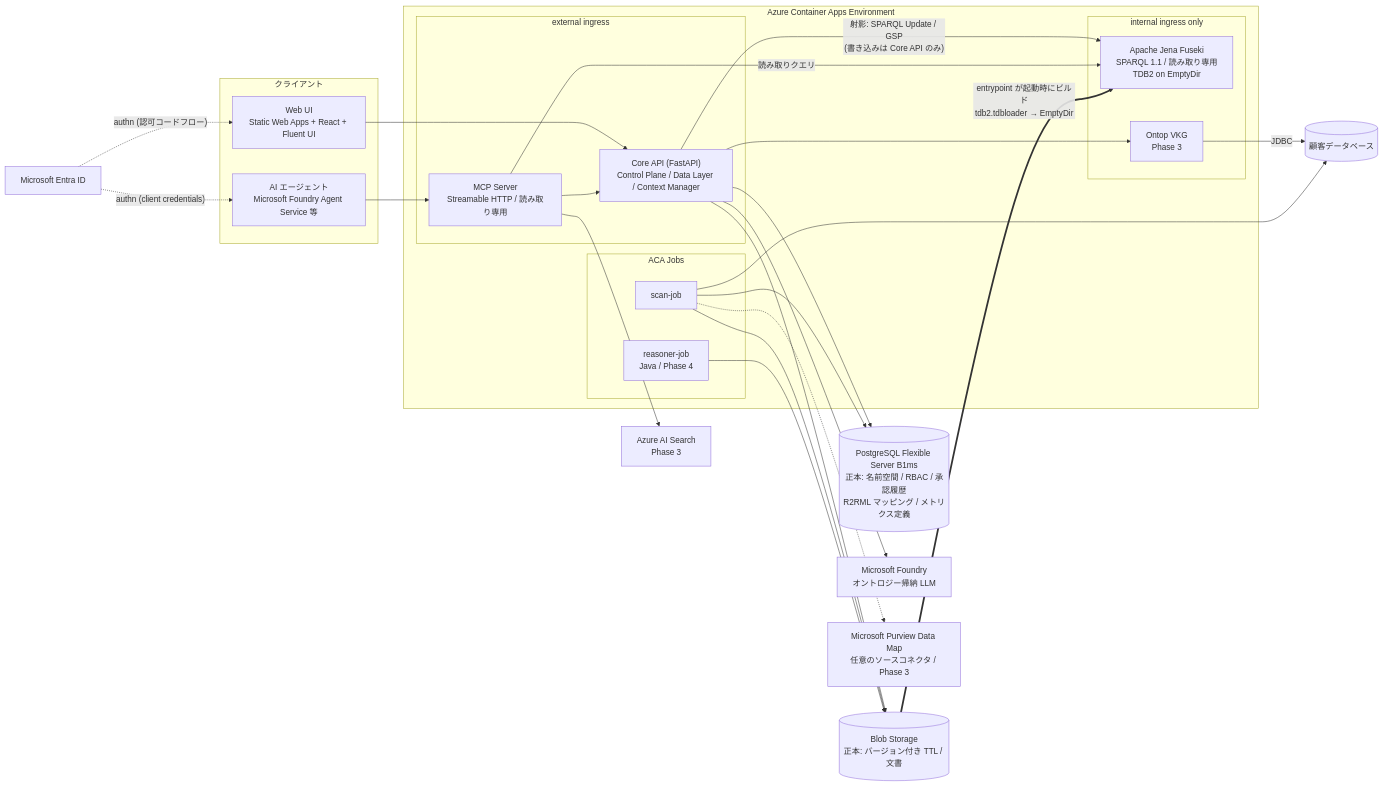
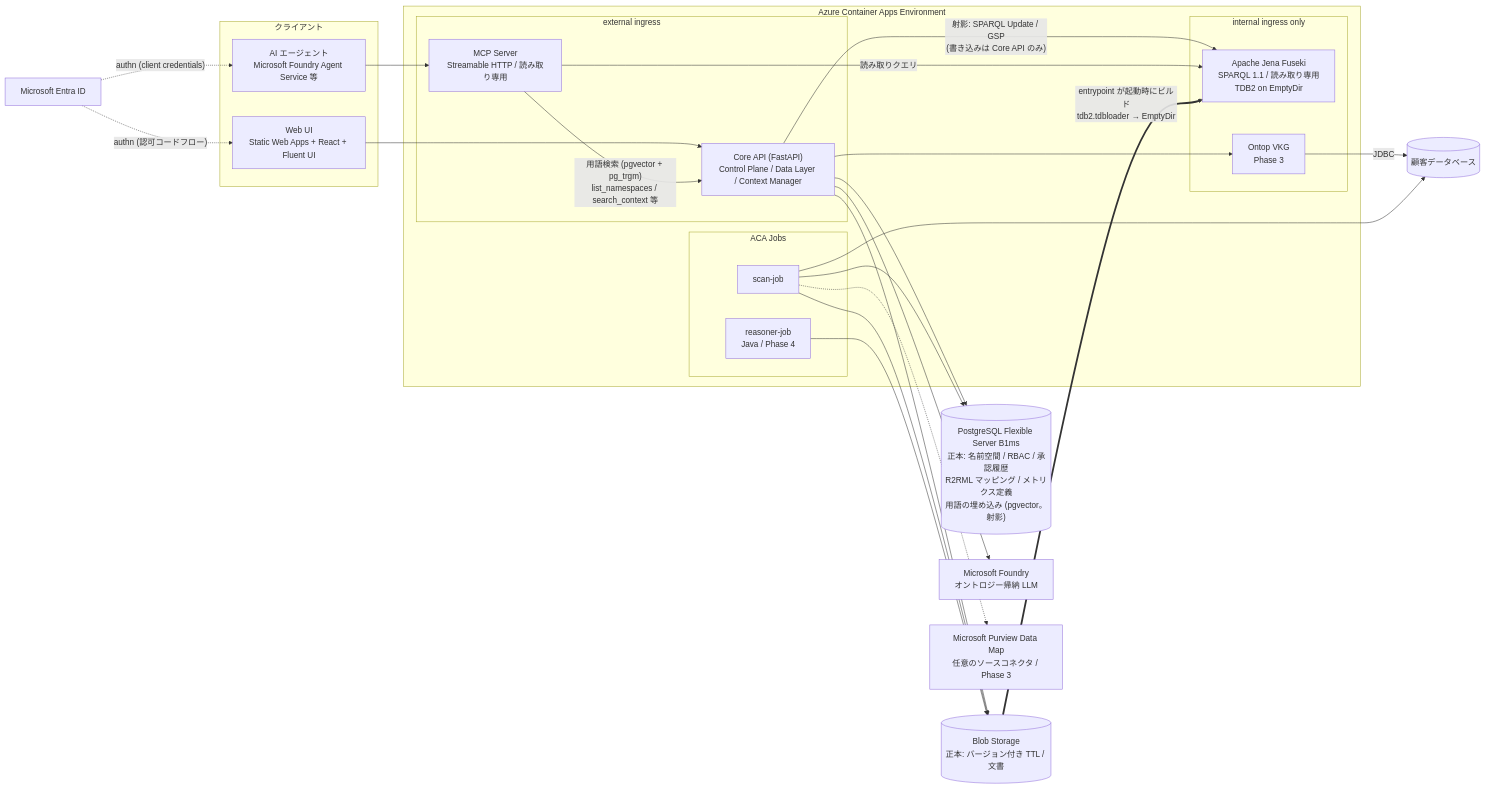
Before and after one commit to nomhiro/ontology-accelerator-for-azure: the first of 4 diagrams in docs/architecture.md, drawn with Mermaid. The commit also changed other lines of this file and 48 other files, not shown here.

````diff
--- a/docs/architecture.md
+++ b/docs/architecture.md
@@ -37,53 +37,51 @@
 ```mermaid
 flowchart LR
   ENTRA["Microsoft Entra ID"]
 
   subgraph clients["クライアント"]
     WEB["Web UI<br/>Static Web Apps + React + Fluent UI"]
     AGENT["AI エージェント<br/>Microsoft Foundry Agent Service 等"]
   end
 
   subgraph aca["Azure Container Apps Environment"]
     subgraph extz["external ingress"]
       API["Core API (FastAPI)<br/>Control Plane / Data Layer / Context Manager"]
       MCP["MCP Server<br/>Streamable HTTP / 読み取り専用"]
     end
     subgraph intz["internal ingress only"]
       FUSEKI["Apache Jena Fuseki<br/>SPARQL 1.1 / 読み取り専用<br/>TDB2 on EmptyDir"]
       ONTOP["Ontop VKG<br/>Phase 3"]
     end
     subgraph jobz["ACA Jobs"]
       SCANJOB["scan-job"]
       REASJOB["reasoner-job<br/>Java / Phase 4"]
     end
   end
 
-  PG[("PostgreSQL Flexible Server B1ms<br/>正本: 名前空間 / RBAC / 承認履歴<br/>R2RML マッピング / メトリクス定義")]
+  PG[("PostgreSQL Flexible Server B1ms<br/>正本: 名前空間 / RBAC / 承認履歴<br/>R2RML マッピング / メトリクス定義<br/>用語の埋め込み (pgvector。射影)")]
   BLOB[("Blob Storage<br/>正本: バージョン付き TTL / 文書")]
-  SEARCH["Azure AI Search<br/>Phase 3"]
   FOUNDRY["Microsoft Foundry<br/>オントロジー帰納 LLM"]
   CUSTDB[("顧客データベース")]
   PURVIEW["Microsoft Purview Data Map<br/>任意のソースコネクタ / Phase 3"]
 
   ENTRA -. "authn (認可コードフロー)" .-> WEB
   ENTRA -. "authn (client credentials)" .-> AGENT
   WEB --> API
   AGENT --> MCP
 
   API --> PG
   API --> BLOB
   API --> FOUNDRY
   API -- "射影: SPARQL Update / GSP<br/>(書き込みは Core API のみ)" --> FUSEKI
   API --> ONTOP
   MCP -- "読み取りクエリ" --> FUSEKI
-  MCP --> SEARCH
-  MCP --> API
+  MCP -- "用語検索 (pgvector + pg_trgm)<br/>list_namespaces / search_context 等" --> API
 
   BLOB == "entrypoint が起動時にビルド<br/>tdb2.tdbloader → EmptyDir" ==> FUSEKI
   ONTOP -- JDBC --> CUSTDB
   SCANJOB --> CUSTDB
   SCANJOB --> PG
   SCANJOB --> BLOB
   SCANJOB -.-> PURVIEW
   REASJOB --> BLOB
 ```
````
